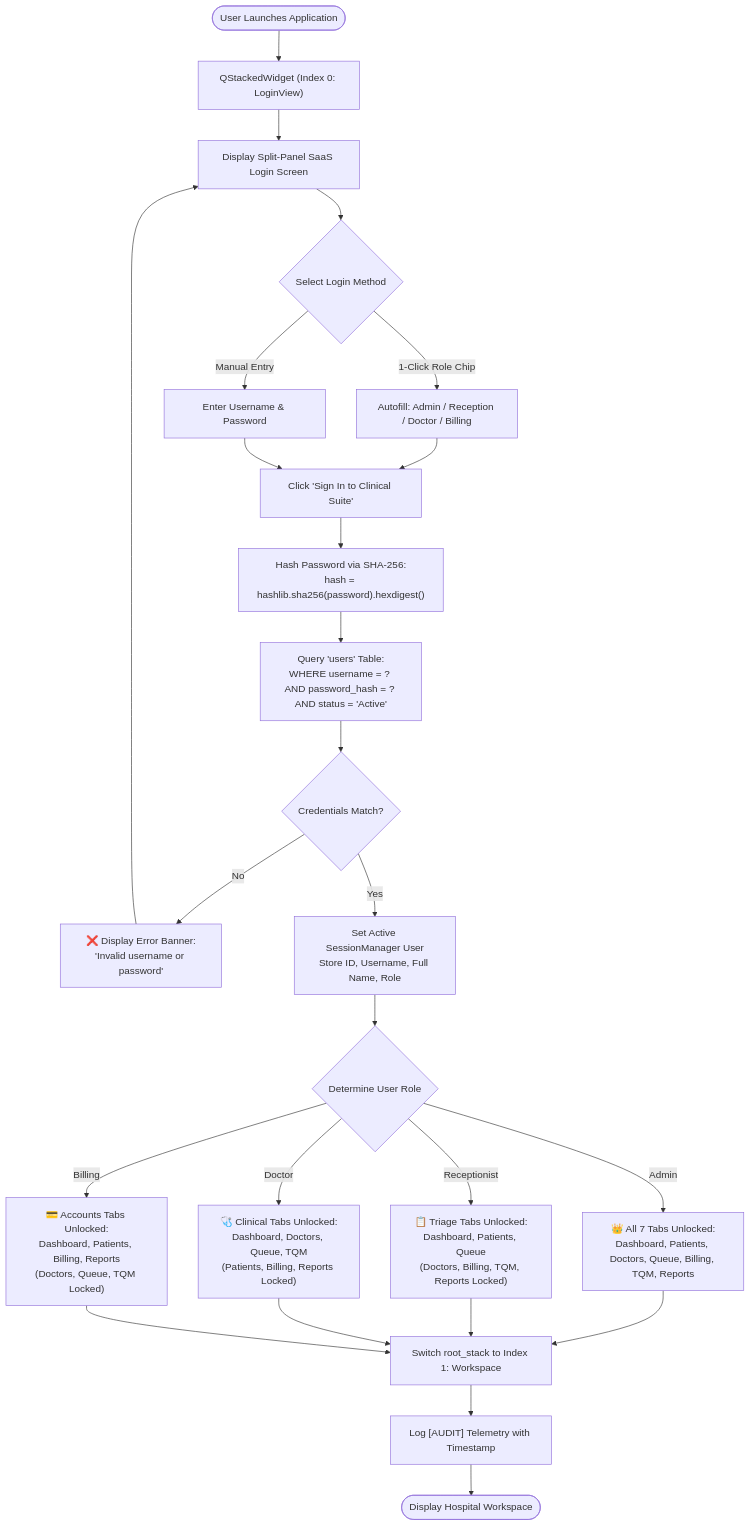
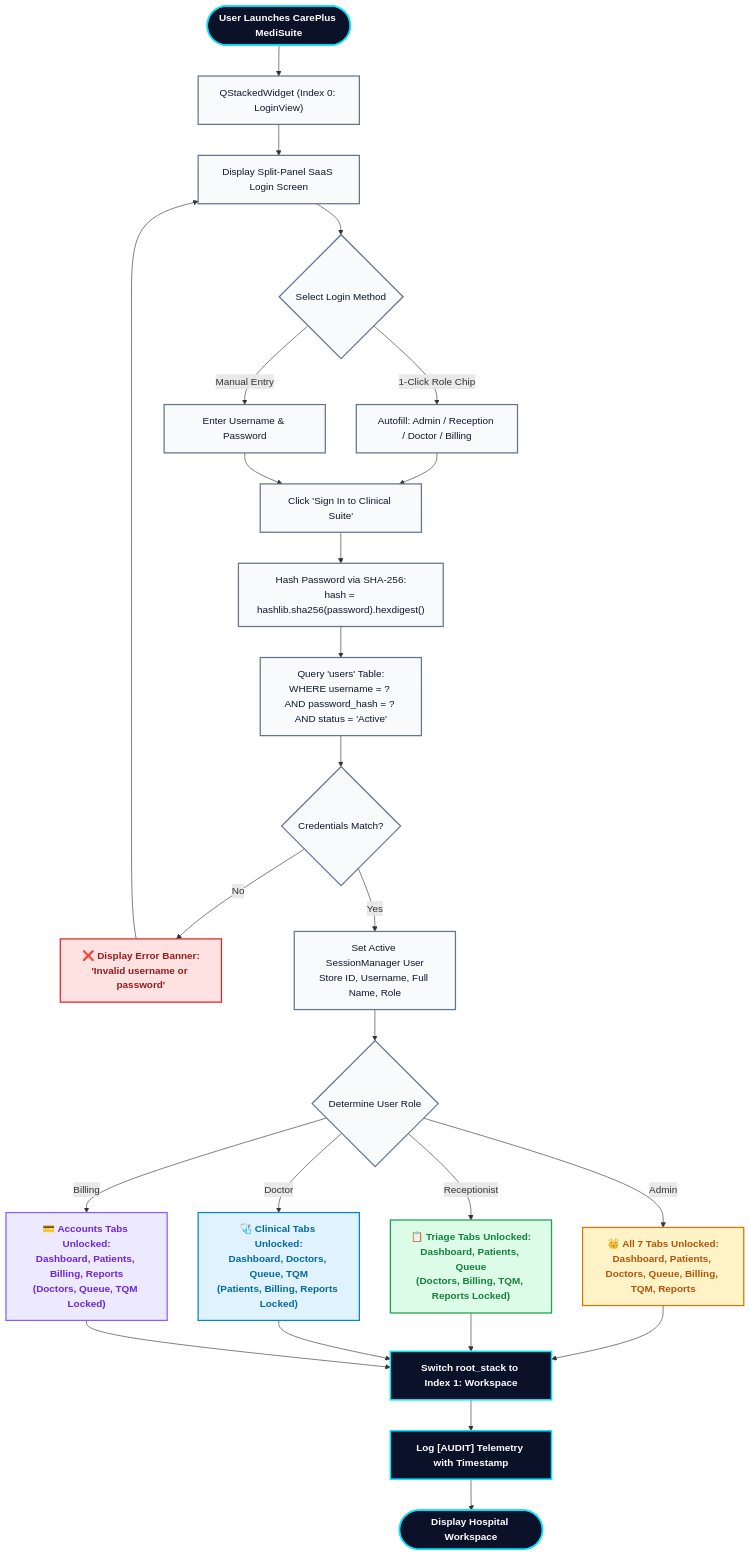
Before and after one commit to bbhupinder5321-lang/BBAT104_TQM_2410301011: the sixth of 8 diagrams in docs/Flowcharts_and_Workflows.md, drawn with Mermaid. The commit also changed other lines of this file and 1 other file, not shown here.

Commit message:
style: enhance flowcharts with color-coded stages, defined classes, and visual subgraphs

````diff
--- a/docs/Flowcharts_and_Workflows.md
+++ b/docs/Flowcharts_and_Workflows.md
@@ -263,34 +321,42 @@
 ```mermaid
 flowchart TD
-    Launch([User Launches Application]) --> RootStack["QStackedWidget (Index 0: LoginView)"]
-    RootStack --> ShowLogin[Display Split-Panel SaaS Login Screen]
+    classDef startPill fill:#0A1128,stroke:#00E5FF,stroke-width:2.5px,color:#FFFFFF,font-weight:bold;
+    classDef authCard fill:#F8FAFC,stroke:#64748B,stroke-width:2px,color:#0F172A;
+    classDef redErr fill:#FEE2E2,stroke:#DC2626,stroke-width:2px,color:#991B1B,font-weight:bold;
+    classDef adminGold fill:#FEF3C7,stroke:#D97706,stroke-width:2px,color:#B45309,font-weight:bold;
+    classDef recGreen fill:#DCFCE7,stroke:#16A34A,stroke-width:2px,color:#15803D,font-weight:bold;
+    classDef docBlue fill:#E0F2FE,stroke:#0284C7,stroke-width:2px,color:#0369A1,font-weight:bold;
+    classDef billPurple fill:#EDE9FE,stroke:#8B5CF6,stroke-width:2px,color:#6D28D9,font-weight:bold;
+
+    Launch([User Launches CarePlus MediSuite]):::startPill --> RootStack["QStackedWidget (Index 0: LoginView)"]:::authCard
+    RootStack --> ShowLogin[Display Split-Panel SaaS Login Screen]:::authCard
     
-    ShowLogin --> UserAction{Select Login Method}
-    UserAction -- "1-Click Role Chip" --> Autofill["Autofill: Admin / Reception / Doctor / Billing"]
-    UserAction -- "Manual Entry" --> TypeCreds[Enter Username & Password]
+    ShowLogin --> UserAction{Select Login Method}:::authCard
+    UserAction -- "1-Click Role Chip" --> Autofill["Autofill: Admin / Reception / Doctor / Billing"]:::authCard
+    UserAction -- "Manual Entry" --> TypeCreds[Enter Username & Password]:::authCard
     
-    Autofill --> SubmitLogin[Click 'Sign In to Clinical Suite']
+    Autofill --> SubmitLogin[Click 'Sign In to Clinical Suite']:::authCard
     TypeCreds --> SubmitLogin
     
-    SubmitLogin --> HashPwd["Hash Password via SHA-256:<br/>hash = hashlib.sha256(password).hexdigest()"]
-    HashPwd --> CheckUser["Query 'users' Table:<br/>WHERE username = ? AND password_hash = ? AND status = 'Active'"]
+    SubmitLogin --> HashPwd["Hash Password via SHA-256:<br/>hash = hashlib.sha256(password).hexdigest()"]:::authCard
+    HashPwd --> CheckUser["Query 'users' Table:<br/>WHERE username = ? AND password_hash = ? AND status = 'Active'"]:::authCard
     
-    CheckUser --> AuthValid{Credentials Match?}
-    AuthValid -- "No" --> ShowAuthErr["❌ Display Error Banner:<br/>'Invalid username or password'"] --> ShowLogin
+    CheckUser --> AuthValid{Credentials Match?}:::authCard
+    AuthValid -- "No" --> ShowAuthErr["❌ Display Error Banner:<br/>'Invalid username or password'"]:::redErr --> ShowLogin
     
-    AuthValid -- "Yes" --> SetSession["Set Active SessionManager User<br/>Store ID, Username, Full Name, Role"]
-    SetSession --> CheckRole{Determine User Role}
+    AuthValid -- "Yes" --> SetSession["Set Active SessionManager User<br/>Store ID, Username, Full Name, Role"]:::authCard
+    SetSession --> CheckRole{Determine User Role}:::authCard
     
-    CheckRole -- "Admin" --> UnlockAdmin["👑 All 7 Tabs Unlocked:<br/>Dashboard, Patients, Doctors, Queue, Billing, TQM, Reports"]
-    CheckRole -- "Receptionist" --> UnlockRec["📋 Triage Tabs Unlocked:<br/>Dashboard, Patients, Queue<br/>(Doctors, Billing, TQM, Reports Locked)"]
-    CheckRole -- "Doctor" --> UnlockDoc["🩺 Clinical Tabs Unlocked:<br/>Dashboard, Doctors, Queue, TQM<br/>(Patients, Billing, Reports Locked)"]
-    CheckRole -- "Billing" --> UnlockBill["💳 Accounts Tabs Unlocked:<br/>Dashboard, Patients, Billing, Reports<br/>(Doctors, Queue, TQM Locked)"]
+    CheckRole -- "Admin" --> UnlockAdmin["👑 All 7 Tabs Unlocked:<br/>Dashboard, Patients, Doctors, Queue, Billing, TQM, Reports"]:::adminGold
+    CheckRole -- "Receptionist" --> UnlockRec["📋 Triage Tabs Unlocked:<br/>Dashboard, Patients, Queue<br/>(Doctors, Billing, TQM, Reports Locked)"]:::recGreen
+    CheckRole -- "Doctor" --> UnlockDoc["🩺 Clinical Tabs Unlocked:<br/>Dashboard, Doctors, Queue, TQM<br/>(Patients, Billing, Reports Locked)"]:::docBlue
+    CheckRole -- "Billing" --> UnlockBill["💳 Accounts Tabs Unlocked:<br/>Dashboard, Patients, Billing, Reports<br/>(Doctors, Queue, TQM Locked)"]:::billPurple
     
-    UnlockAdmin --> SwitchWorkspace[Switch root_stack to Index 1: Workspace]
+    UnlockAdmin --> SwitchWorkspace[Switch root_stack to Index 1: Workspace]:::startPill
     UnlockRec --> SwitchWorkspace
     UnlockDoc --> SwitchWorkspace
     UnlockBill --> SwitchWorkspace
     
-    SwitchWorkspace --> AuditLog["Log [AUDIT] Telemetry with Timestamp"]
-    AuditLog --> MainScreen([Display Hospital Workspace])
+    SwitchWorkspace --> AuditLog["Log [AUDIT] Telemetry with Timestamp"]:::startPill
+    AuditLog --> MainScreen([Display Hospital Workspace]):::startPill
 ```
````
